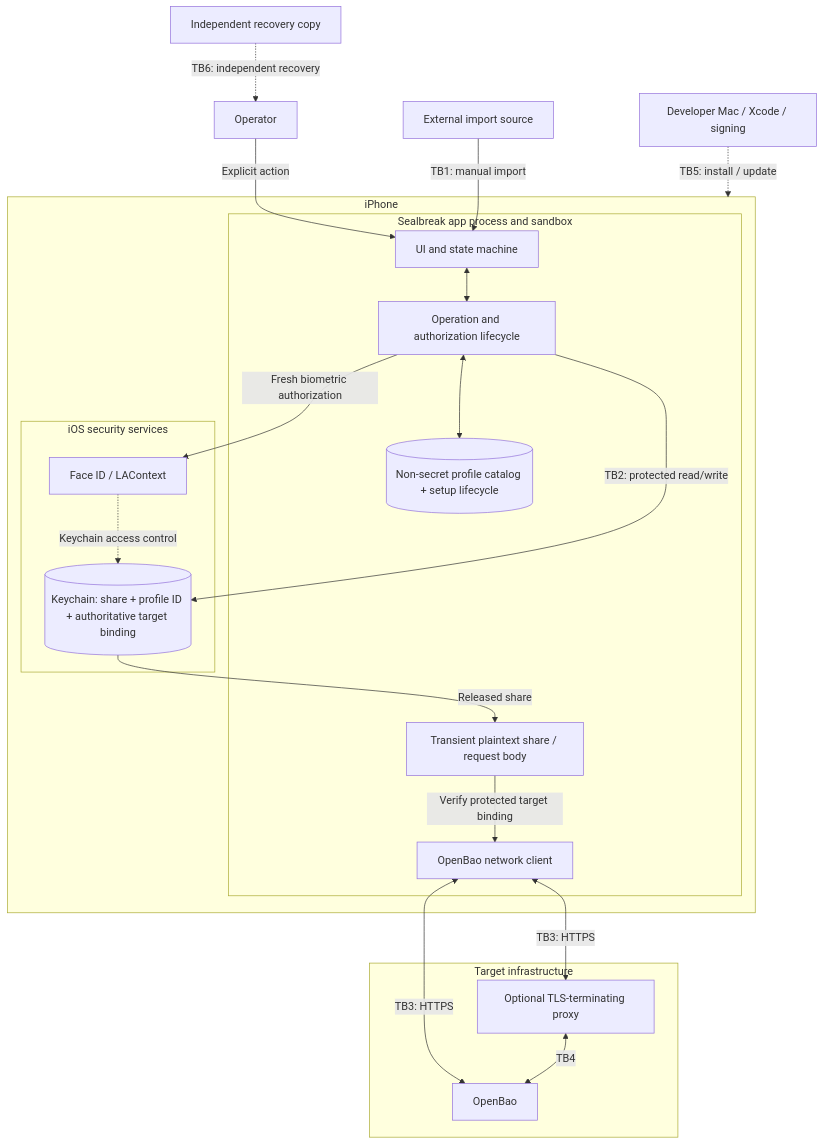
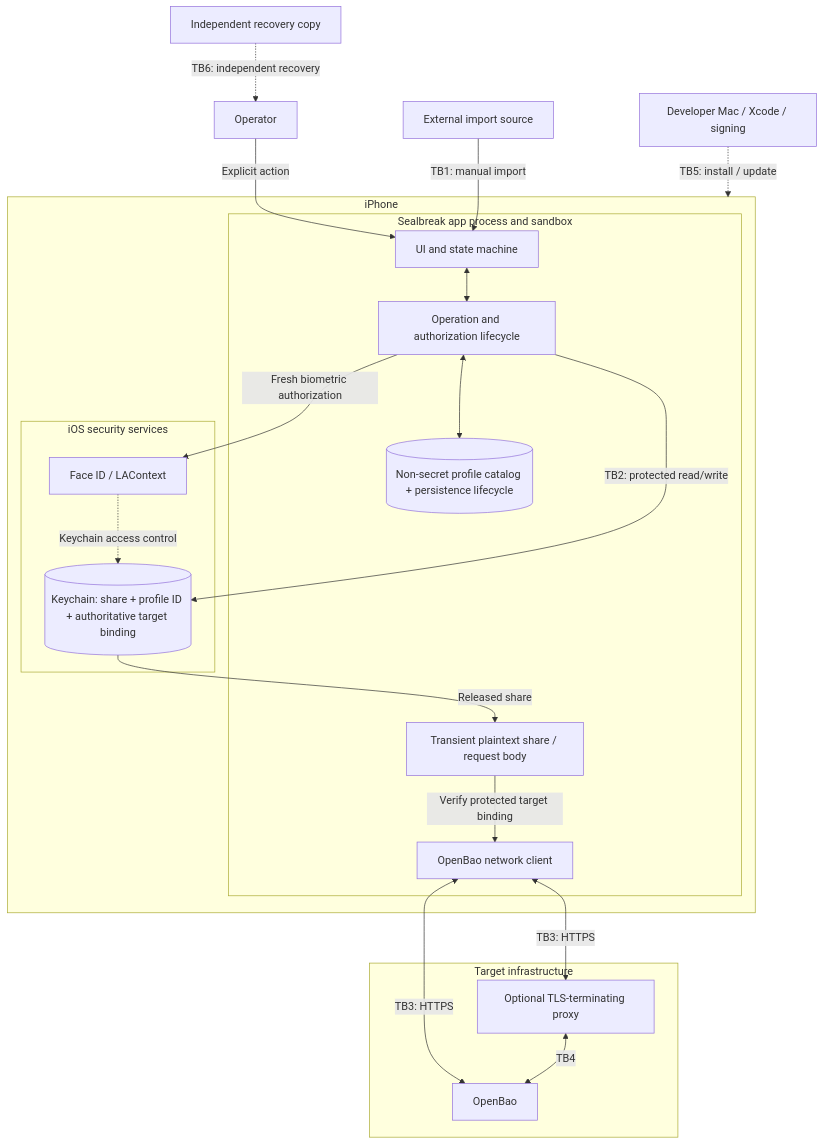
One commit to GeorgesAlkhouri/sealbreak changed the first of 2 diagrams in THREAT_MODEL.md. Above: the diagram before and after it, drawn with Mermaid. The commit also changed other lines of this file, not shown here.

Commit message:
docs(threat-model): focus lifecycle controls on security invariants

````diff
--- a/THREAT_MODEL.md
+++ b/THREAT_MODEL.md
@@ -58,45 +58,45 @@
 ```mermaid
 flowchart TB
     OP["Operator"]
     IMPORT["External import source"]
     REC["Independent recovery copy"]
     BUILD["Developer Mac / Xcode / signing"]
 
     subgraph PHONE["iPhone"]
         subgraph APP["Sealbreak app process and sandbox"]
             UI["UI and state machine"]
             MODEL["Operation and authorization lifecycle"]
-            DISPLAY[("Non-secret profile catalog + setup lifecycle")]
+            DISPLAY[("Non-secret profile catalog + persistence lifecycle")]
             MEM["Transient plaintext share / request body"]
             NET["OpenBao network client"]
         end
 
         subgraph IOS["iOS security services"]
             AUTH["Face ID / LAContext"]
             KC[("Keychain: share + profile ID + authoritative target binding")]
         end
     end
 
     subgraph TARGET["Target infrastructure"]
         PROXY["Optional TLS-terminating proxy"]
         BAO["OpenBao"]
     end
 
     OP -->|"Explicit action"| UI
     IMPORT -->|"TB1: manual import"| UI
     BUILD -.->|"TB5: install / update"| APP
 
     UI <--> MODEL
     MODEL <--> DISPLAY
     MODEL -->|"Fresh biometric authorization"| AUTH
     AUTH -.->|"Keychain access control"| KC
     MODEL -->|"TB2: protected read/write"| KC
     KC -->|"Released share"| MEM
     MEM -->|"Verify protected target binding"| NET
 
     NET <-->|"TB3: HTTPS"| BAO
     NET <-->|"TB3: HTTPS"| PROXY
     PROXY <-->|"TB4"| BAO
 
     REC -.->|"TB6: independent recovery"| OP
 ```
````
